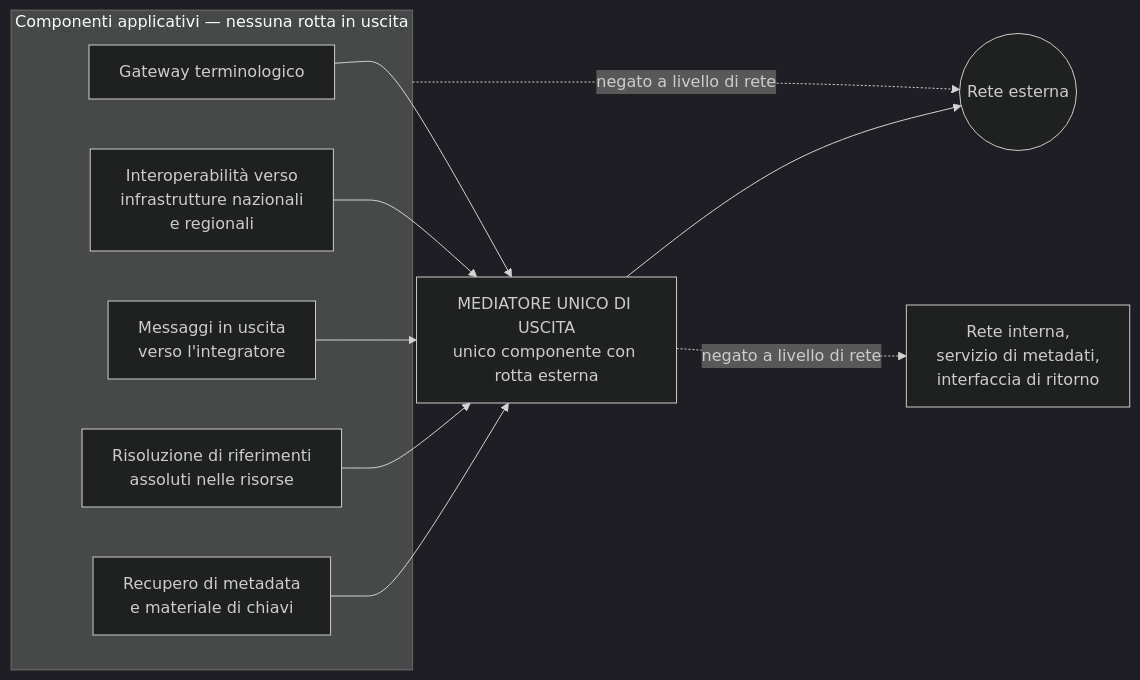
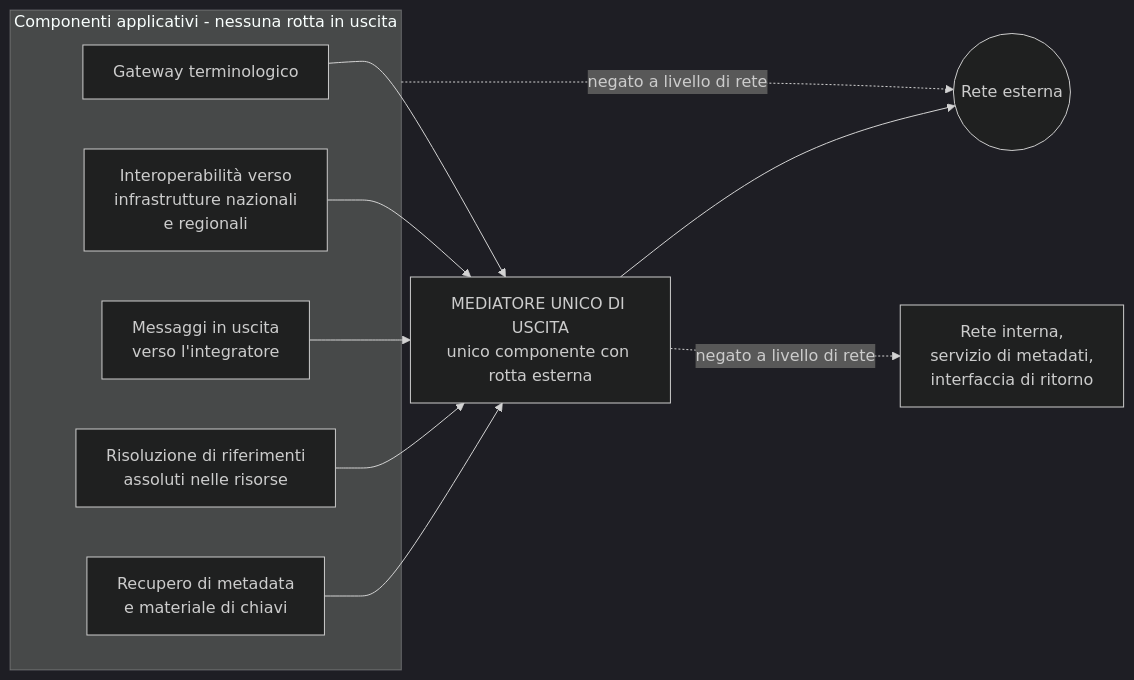
One commit to fedcal/Telemedic changed the diagram in docs/06_security/06-sicurezza-applicativa.md. Above: the diagram before and after it, drawn with Mermaid (dark theme). The commit also changed other lines of this file and 301 other files, not shown here.

````diff
--- a/docs/06_security/06-sicurezza-applicativa.md
+++ b/docs/06_security/06-sicurezza-applicativa.md
@@ -213,22 +213,22 @@
 ```mermaid
 flowchart LR
-    subgraph APP["Componenti applicativi — nessuna rotta in uscita"]
+    subgraph APP["Componenti applicativi - nessuna rotta in uscita"]
         A["Gateway terminologico"]
         B["Interoperabilità verso<br/>infrastrutture nazionali<br/>e regionali"]
         C["Messaggi in uscita<br/>verso l'integratore"]
         D["Risoluzione di riferimenti<br/>assoluti nelle risorse"]
         E["Recupero di metadata<br/>e materiale di chiavi"]
     end
     M["MEDIATORE UNICO DI USCITA<br/>unico componente con rotta esterna"]
     NET(("Rete esterna"))
     X["Rete interna,<br/>servizio di metadati,<br/>interfaccia di ritorno"]
 
     A --> M
     B --> M
     C --> M
     D --> M
     E --> M
     M --> NET
     M -.->|"negato a livello di rete"| X
     APP -.->|"negato a livello di rete"| NET
 ```
````
